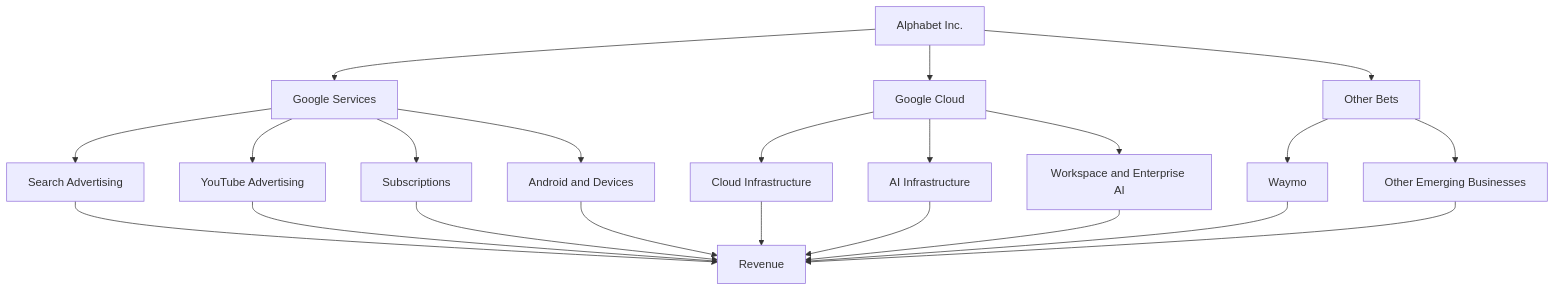
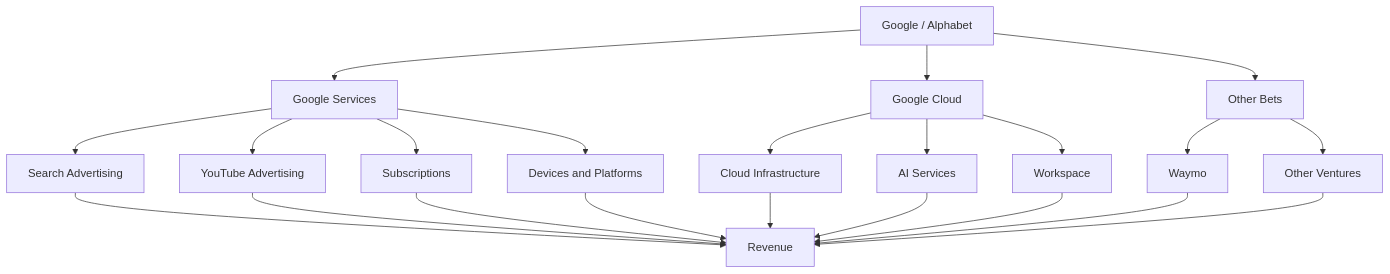
One commit to Ayush-srivastava504/System-design changed the fourth of 19 diagrams in DAY-005-GOOGLE-CASE-STUDY.md. Above: the diagram before and after it, drawn with Mermaid. The commit also changed other lines of this file, not shown here.

Commit message:
Updated readme of google case study

````diff
--- a/DAY-005-GOOGLE-CASE-STUDY.md
+++ b/DAY-005-GOOGLE-CASE-STUDY.md
@@ -125,28 +548,28 @@
 ```mermaid
 flowchart TD
-    A[Alphabet Inc.] --> B[Google Services]
-    A --> C[Google Cloud]
-    A --> D[Other Bets]
+    A["Google / Alphabet"] --> B["Google Services"]
+    A --> C["Google Cloud"]
+    A --> D["Other Bets"]
 
-    B --> E[Search Advertising]
-    B --> F[YouTube Advertising]
-    B --> G[Subscriptions]
-    B --> H[Android and Devices]
+    B --> E["Search Advertising"]
+    B --> F["YouTube Advertising"]
+    B --> G["Subscriptions"]
+    B --> H["Devices and Platforms"]
 
-    C --> I[Cloud Infrastructure]
-    C --> J[AI Infrastructure]
-    C --> K[Workspace and Enterprise AI]
+    C --> I["Cloud Infrastructure"]
+    C --> J["AI Services"]
+    C --> K["Workspace"]
 
-    D --> L[Waymo]
-    D --> M[Other Emerging Businesses]
+    D --> L["Waymo"]
+    D --> M["Other Ventures"]
 
-    E --> N[Revenue]
+    E --> N["Revenue"]
     F --> N
     G --> N
     H --> N
     I --> N
     J --> N
     K --> N
     L --> N
     M --> N
 ```
````
